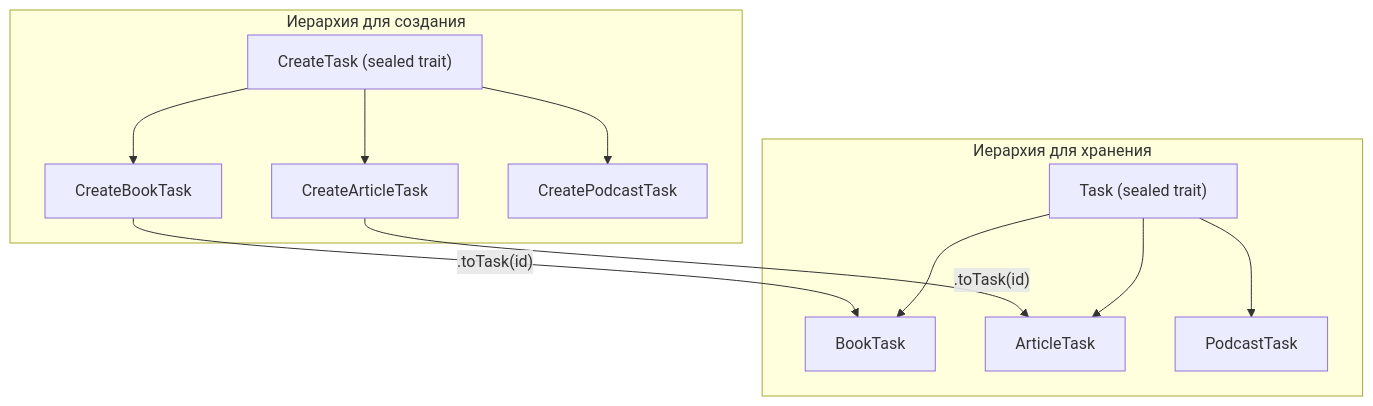
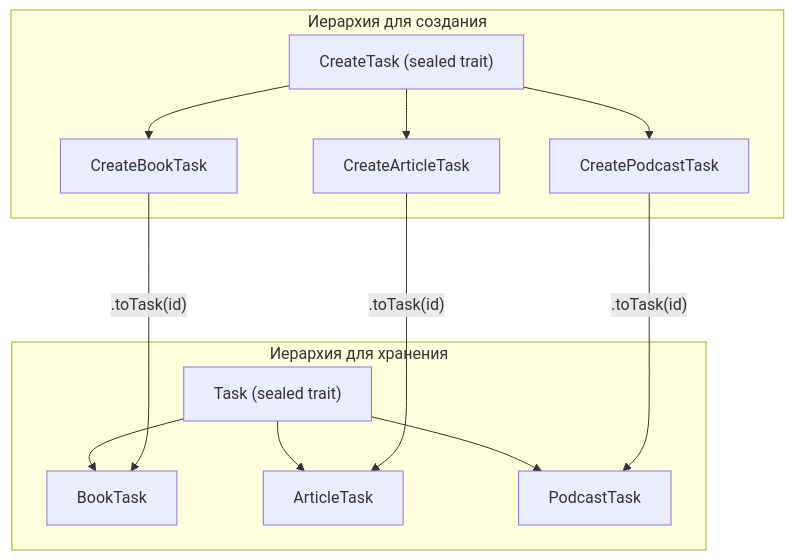
Before and after one commit to artemkorsakov/scalabook: the diagram in docs/practice/db.md, drawn with Mermaid. The commit also changed other lines of this file and 5 other files, not shown here.

````diff
--- a/docs/practice/db.md
+++ b/docs/practice/db.md
@@ -217,27 +208,28 @@
 ```mermaid
 graph TD
     subgraph "Иерархия для создания"
         CreateTask["CreateTask (sealed trait)"]
         CreateBookTask[CreateBookTask]
         CreateArticleTask[CreateArticleTask]
         CreatePodcastTask[CreatePodcastTask]
     end
 
     subgraph "Иерархия для хранения"
         Task["Task (sealed trait)"]
         BookTask[BookTask]
         ArticleTask[ArticleTask]
         PodcastTask[PodcastTask]
     end
 
     CreateTask --> CreateBookTask
     CreateTask --> CreateArticleTask
     CreateTask --> CreatePodcastTask
 
     Task --> BookTask
     Task --> ArticleTask
     Task --> PodcastTask
 
-    CreateBookTask -- ".toTask(id)" --> BookTask
-    CreateArticleTask -- ".toTask(id)" --> ArticleTask
+    CreateBookTask -- ".toTask(id)" ----> BookTask
+    CreateArticleTask -- ".toTask(id)" ----> ArticleTask
+    CreatePodcastTask -- ".toTask(id)" ----> PodcastTask
 ```
````
